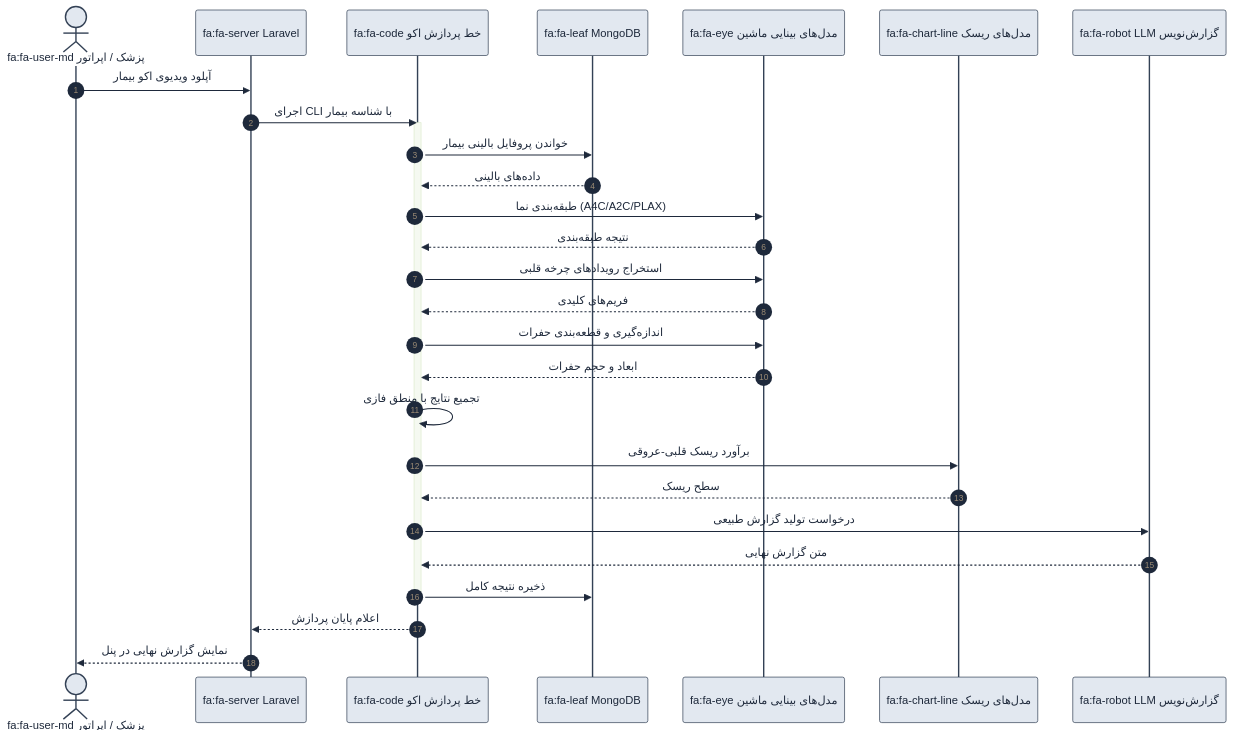
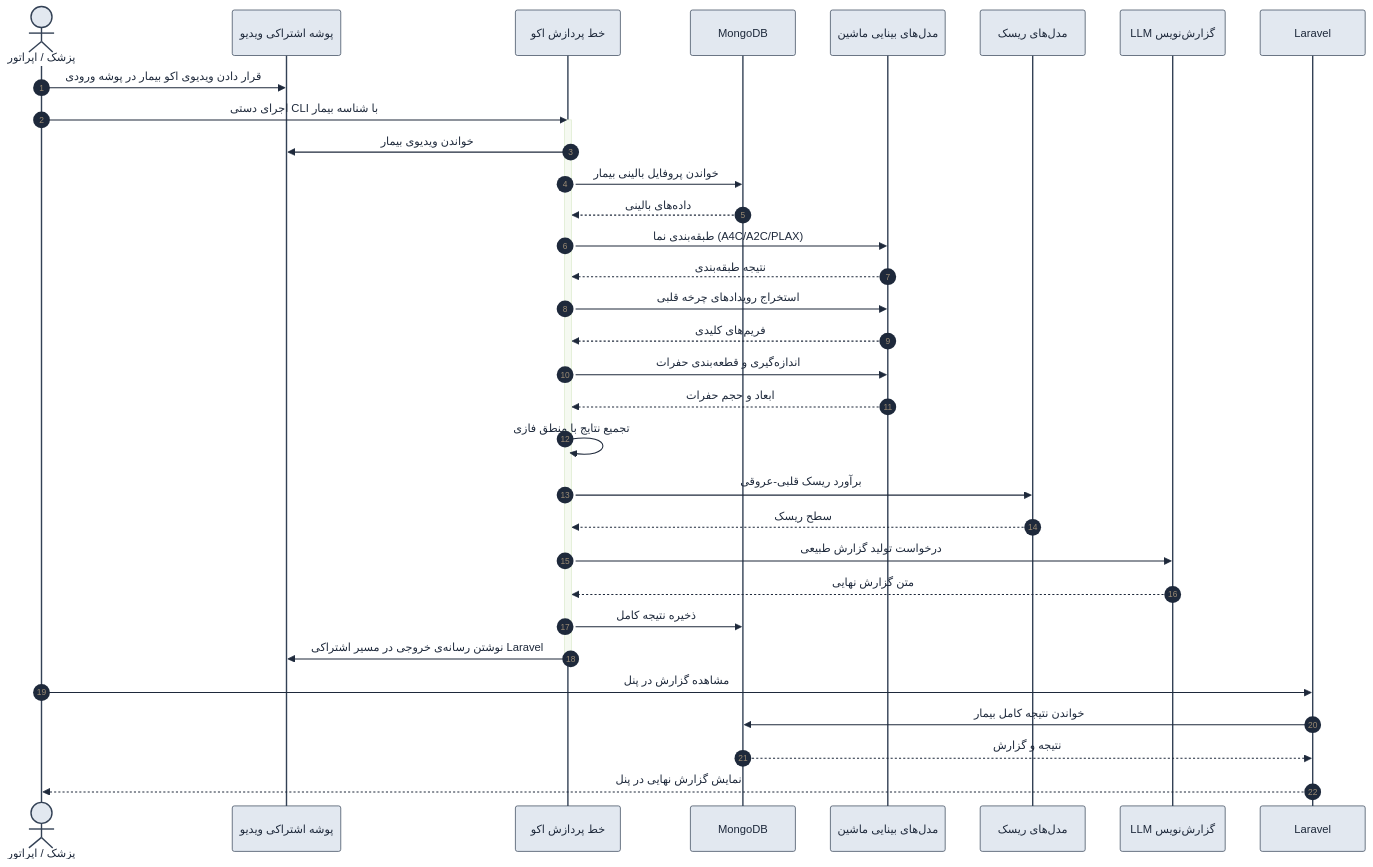
Before and after one commit to Mreza-mh/echo_prj: the diagram in docs/diagrams/v2/12_sequence_echo_pipeline.mmd, drawn with Mermaid. The commit also changed 20 other files, not shown here.

Commit message:
update mmd diagrams, echo history service, front/back configs

```diff
--- a/docs/diagrams/v2/12_sequence_echo_pipeline.mmd
+++ b/docs/diagrams/v2/12_sequence_echo_pipeline.mmd
@@ -1,38 +1,44 @@
 ---
 id: 6307fd6a-09bb-47e0-a076-52e4f14145c4
 ---
 %%{init: {'theme':'base', 'themeVariables': {'primaryColor':'#f1f5f9','primaryBorderColor':'#334155','primaryTextColor':'#1e293b','lineColor':'#64748b','fontSize':'14px','actorBkg':'#e2e8f0','actorBorder':'#334155','actorTextColor':'#1e293b'}}}%%
 sequenceDiagram
     autonumber
-    actor D as fa:fa-user-md پزشک / اپراتور
-    participant BE as fa:fa-server Laravel
-    participant PY as fa:fa-code خط پردازش اکو
-    participant DB as fa:fa-leaf MongoDB
-    participant CV as fa:fa-eye مدل‌های بینایی ماشین
-    participant ML as fa:fa-chart-line مدل‌های ریسک
-    participant LLM as fa:fa-robot LLM گزارش‌نویس
+    actor D as پزشک / اپراتور
+    participant FS as پوشه اشتراکی ویدیو
+    participant PY as خط پردازش اکو
+    participant DB as MongoDB
+    participant CV as مدل‌های بینایی ماشین
+    participant ML as مدل‌های ریسک
+    participant LLM as LLM گزارش‌نویس
+    participant BE as Laravel
 
-    D->>BE: آپلود ویدیوی اکو بیمار
-    BE->>PY: اجرای CLI با شناسه بیمار
+    D->>FS: قرار دادن ویدیوی اکو بیمار در پوشه ورودی
+    D->>PY: اجرای دستی CLI با شناسه بیمار
     activate PY
+    PY->>FS: خواندن ویدیوی بیمار
     PY->>DB: خواندن پروفایل بالینی بیمار
     DB-->>PY: داده‌های بالینی
 
     PY->>CV: طبقه‌بندی نما (A4C/A2C/PLAX)
     CV-->>PY: نتیجه طبقه‌بندی
     PY->>CV: استخراج رویدادهای چرخه قلبی
     CV-->>PY: فریم‌های کلیدی
     PY->>CV: اندازه‌گیری و قطعه‌بندی حفرات
     CV-->>PY: ابعاد و حجم حفرات
 
     PY->>PY: تجمیع نتایج با منطق فازی
     PY->>ML: برآورد ریسک قلبی-عروقی
     ML-->>PY: سطح ریسک
 
     PY->>LLM: درخواست تولید گزارش طبیعی
     LLM-->>PY: متن گزارش نهایی
 
     PY->>DB: ذخیره نتیجه کامل
+    PY->>FS: نوشتن رسانه‌ی خروجی در مسیر اشتراکی Laravel
     deactivate PY
-    PY-->>BE: اعلام پایان پردازش
+
+    D->>BE: مشاهده گزارش در پنل
+    BE->>DB: خواندن نتیجه کامل بیمار
+    DB-->>BE: نتیجه و گزارش
     BE-->>D: نمایش گزارش نهایی در پنل
```
